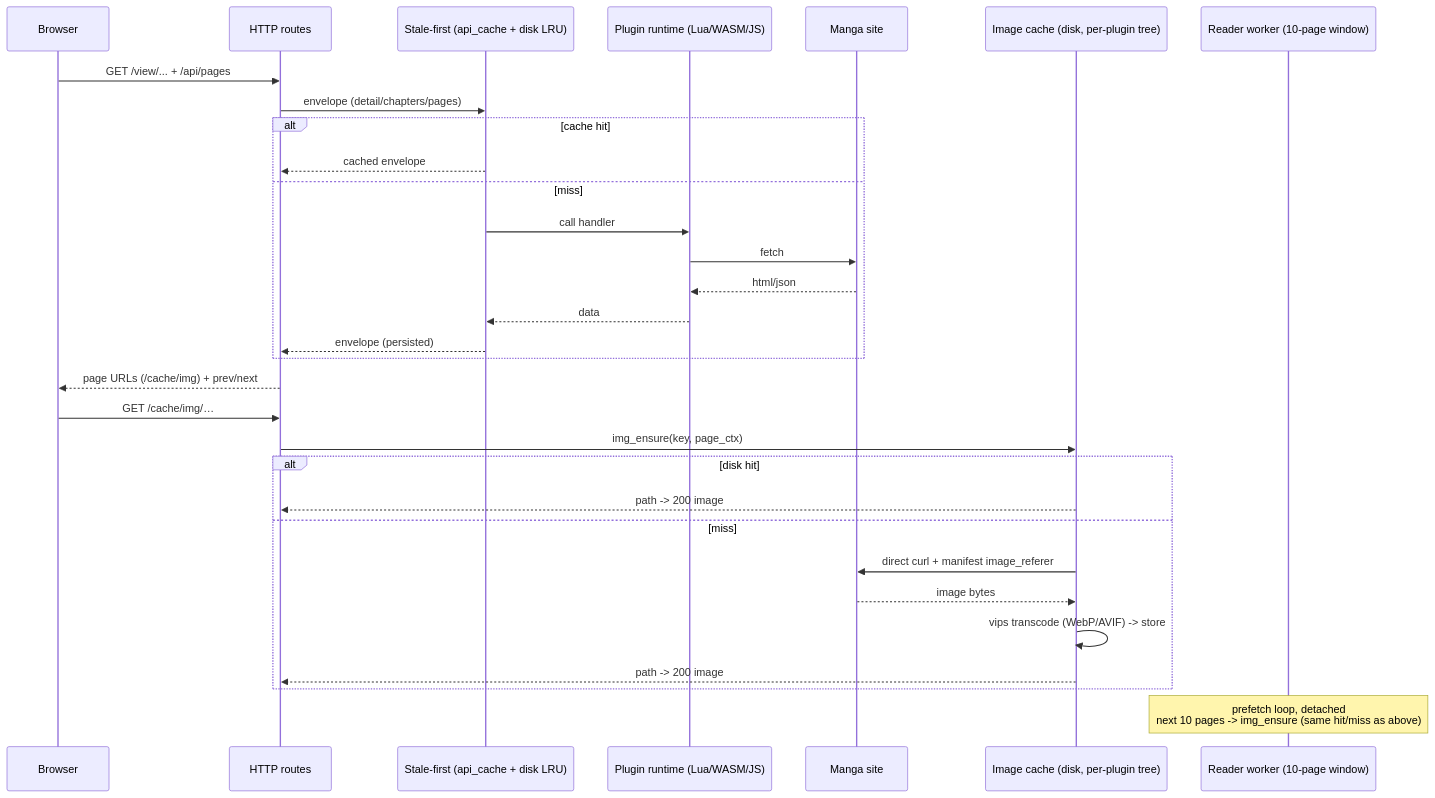
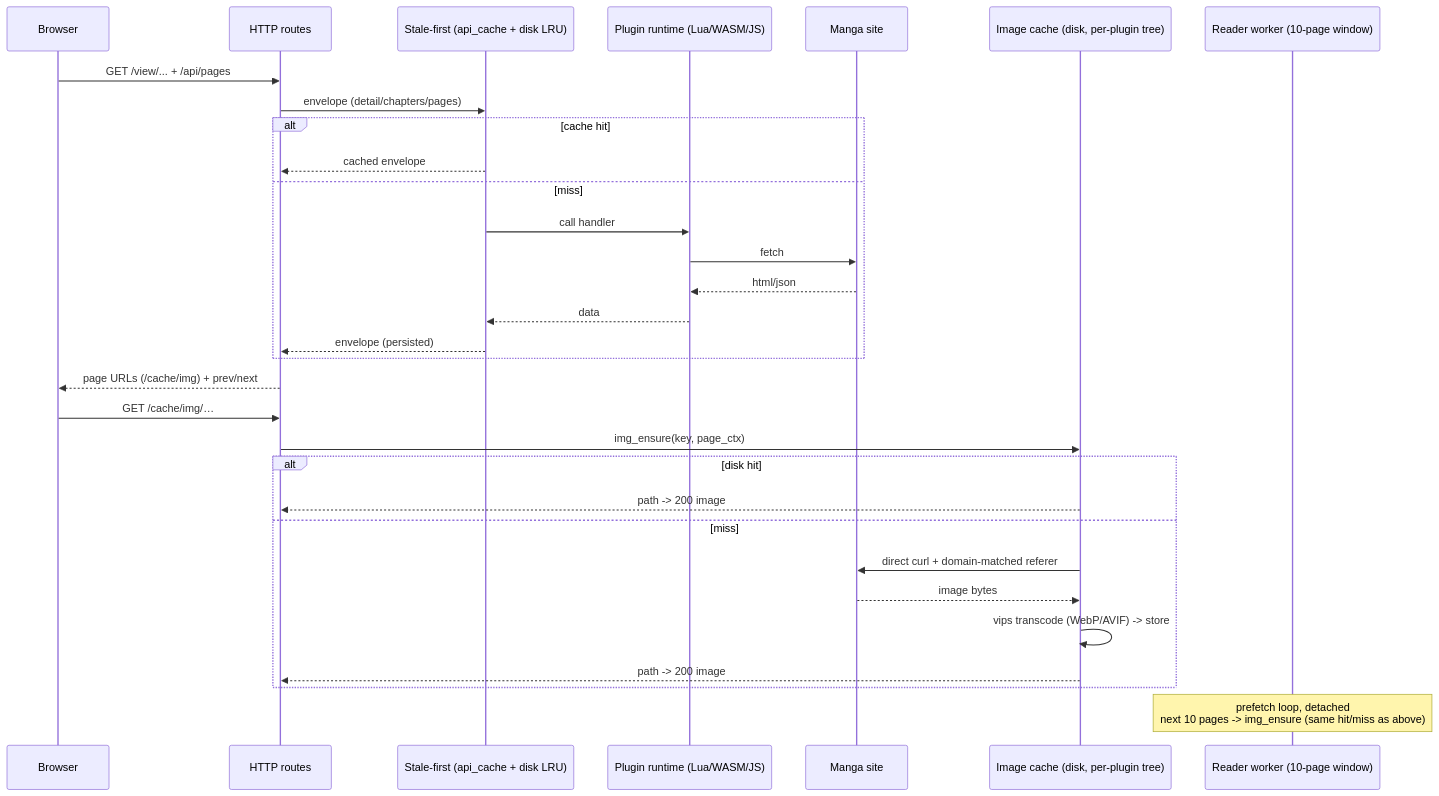
The second of 3 diagrams in README.md (kenzanin/cppIsekai), drawn with Mermaid before and after one commit. The commit also changed other lines of this file, not shown here.

````diff
--- a/README.md
+++ b/README.md
@@ -64,36 +68,36 @@
 ```mermaid
 sequenceDiagram
     participant B as Browser
     participant H as HTTP routes
     participant S as Stale-first (api_cache + disk LRU)
     participant P as Plugin runtime (Lua/WASM/JS)
     participant X as Manga site
     participant C as Image cache (disk, per-plugin tree)
     participant W as Reader worker (10-page window)
 
     B->>H: GET /view/... + /api/pages
     H->>S: envelope (detail/chapters/pages)
     alt cache hit
         S-->>H: cached envelope
     else miss
         S->>P: call handler
         P->>X: fetch
         X-->>P: html/json
         P-->>S: data
         S-->>H: envelope (persisted)
     end
     H-->>B: page URLs (/cache/img) + prev/next
 
     B->>H: GET /cache/img/…
     H->>C: img_ensure(key, page_ctx)
     alt disk hit
         C-->>H: path -> 200 image
     else miss
-        C->>X: direct curl + manifest image_referer
+        C->>X: direct curl + domain-matched referer
         X-->>C: image bytes
         C->>C: vips transcode (WebP/AVIF) -> store
         C-->>H: path -> 200 image
     end
 
     note over W: prefetch loop, detached<br/>next 10 pages -> img_ensure (same hit/miss as above)
 ```
````
